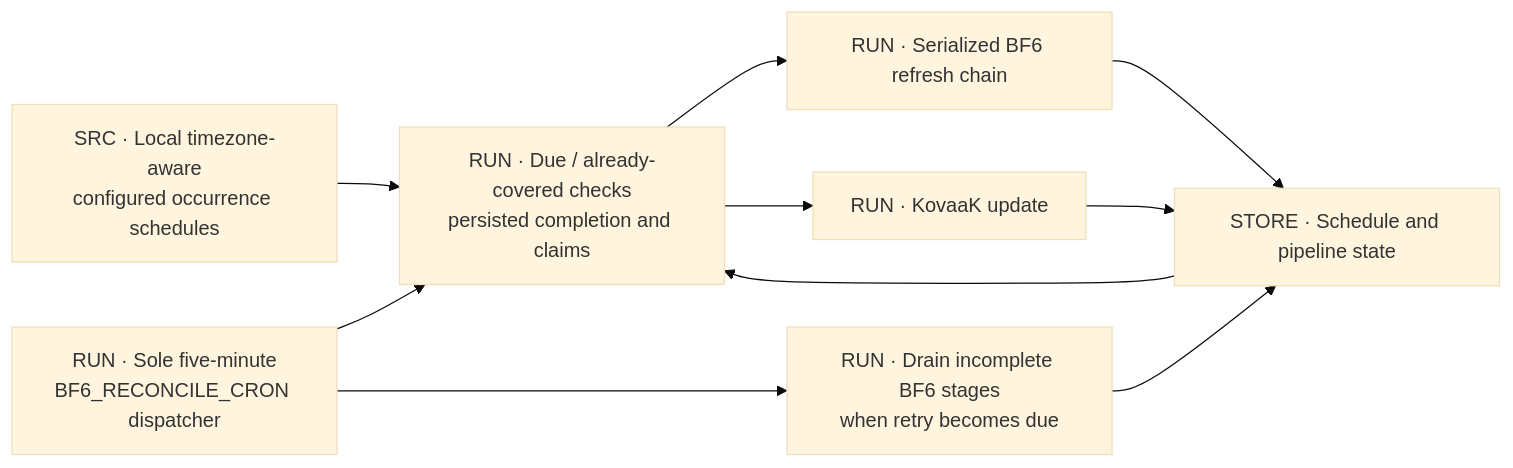
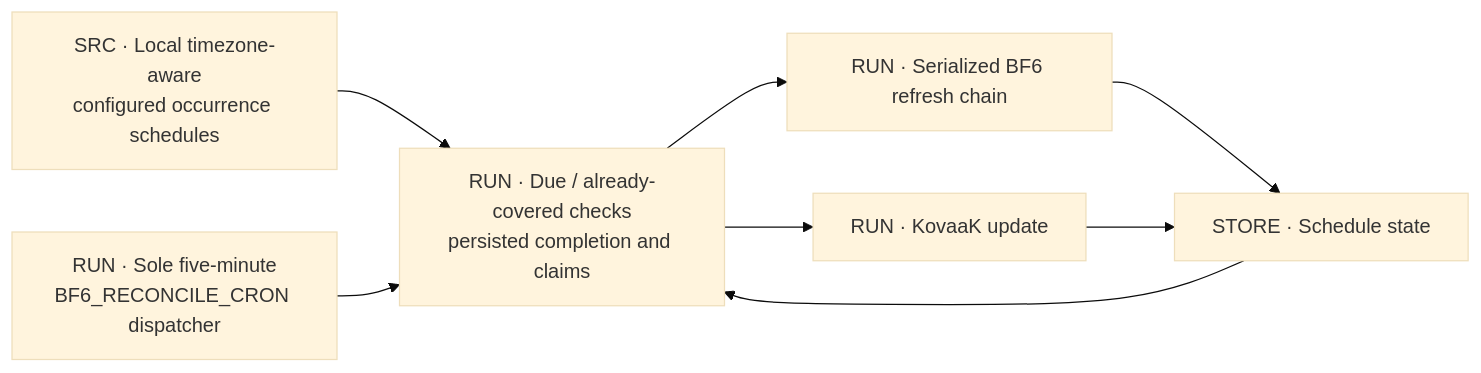
One commit to raymdl/kdm-bf6-rankings changed the second of 5 diagrams in atlas/OPERATIONS.md. Above: the diagram before and after it, drawn with Mermaid (base theme). The commit also changed other lines of this file and 10 other files, not shown here.

````diff
--- a/atlas/OPERATIONS.md
+++ b/atlas/OPERATIONS.md
@@ -48,19 +54,16 @@
 ```mermaid
 flowchart LR
   CLOCK["SRC · Local timezone-aware<br/>configured occurrence schedules"]
   TICK["RUN · Sole five-minute<br/>BF6_RECONCILE_CRON dispatcher"]
   DUE["RUN · Due / already-covered checks<br/>persisted completion and claims"]
   BF["RUN · Serialized BF6 refresh chain"]
   KOV["RUN · KovaaK update"]
-  DRAIN["RUN · Drain incomplete BF6 stages<br/>when retry becomes due"]
-  SAVE["STORE · Schedule and pipeline state"]
+  SAVE["STORE · Schedule state"]
   CLOCK --> DUE
   TICK --> DUE
   DUE --> BF
   DUE --> KOV
-  TICK --> DRAIN
   BF --> SAVE
   KOV --> SAVE
-  DRAIN --> SAVE
   SAVE --> DUE
 ```
````
